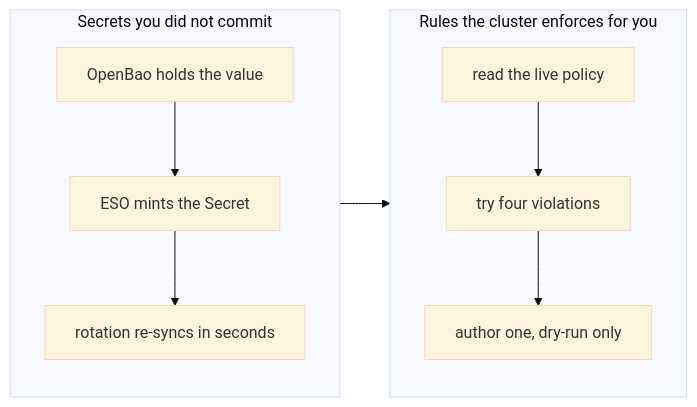
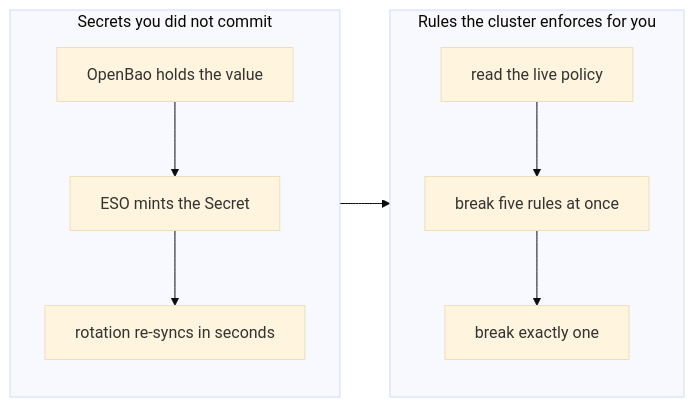
Before and after one commit to serhat-dirik/OCP-Getting-Started-Revamped: the diagram in content/modules/ROOT/examples/diagrams/platform-guardrails/04-what-you-built.mmd, drawn with Mermaid (base theme). The commit also changed 12 other files, not shown here.

```diff
--- a/content/modules/ROOT/examples/diagrams/platform-guardrails/04-what-you-built.mmd
+++ b/content/modules/ROOT/examples/diagrams/platform-guardrails/04-what-you-built.mmd
@@ -1,18 +1,18 @@
 %% Wrap-up. Wide rather than tall: the rendered width is pinned at 900px, so a narrow tall graph
 %% gets UPSCALED and its text ends up larger than the body copy around it.
 flowchart LR
   subgraph secrets["Secrets you did not commit"]
     s1["OpenBao holds the value"]
     s2["ESO mints the Secret"]
     s3["rotation re-syncs in seconds"]
     s1 --> s2 --> s3
   end
 
   subgraph policy["Rules the cluster enforces for you"]
     p1["read the live policy"]
-    p2["try four violations"]
-    p3["author one, dry-run only"]
+    p2["break five rules at once"]
+    p3["break exactly one"]
     p1 --> p2 --> p3
   end
 
   secrets --> policy
```
